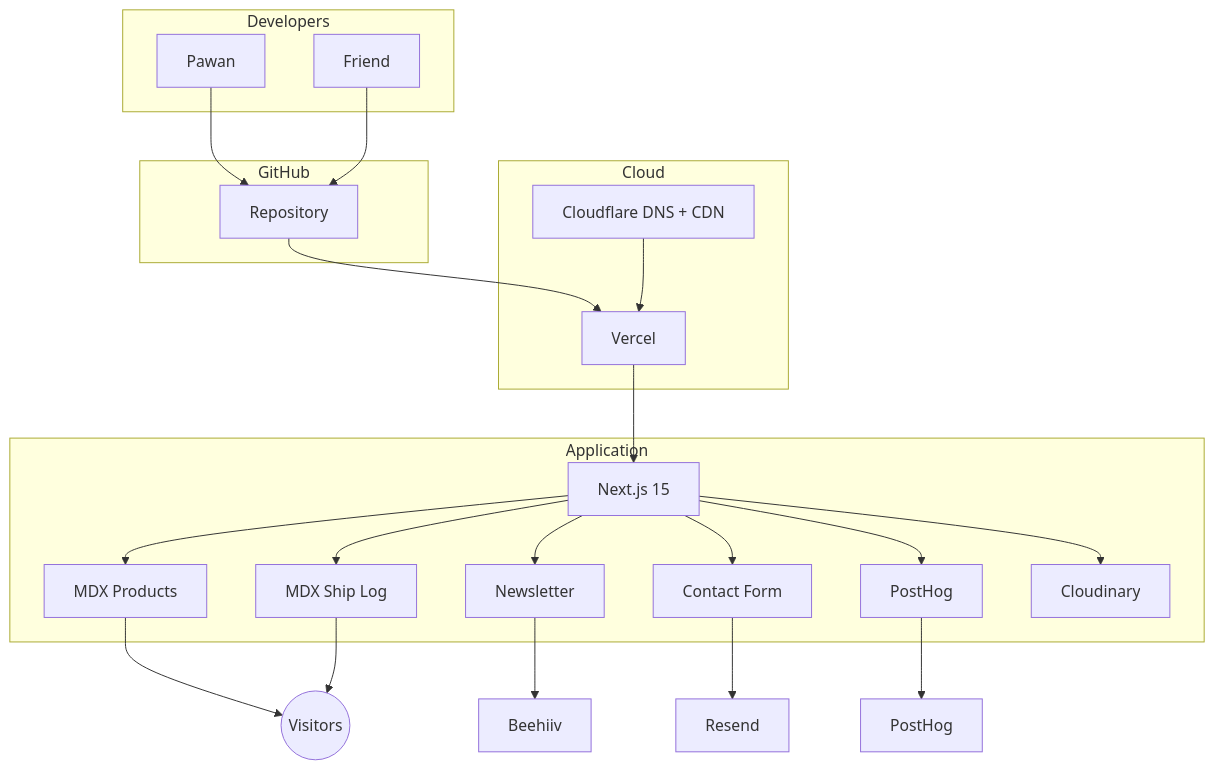
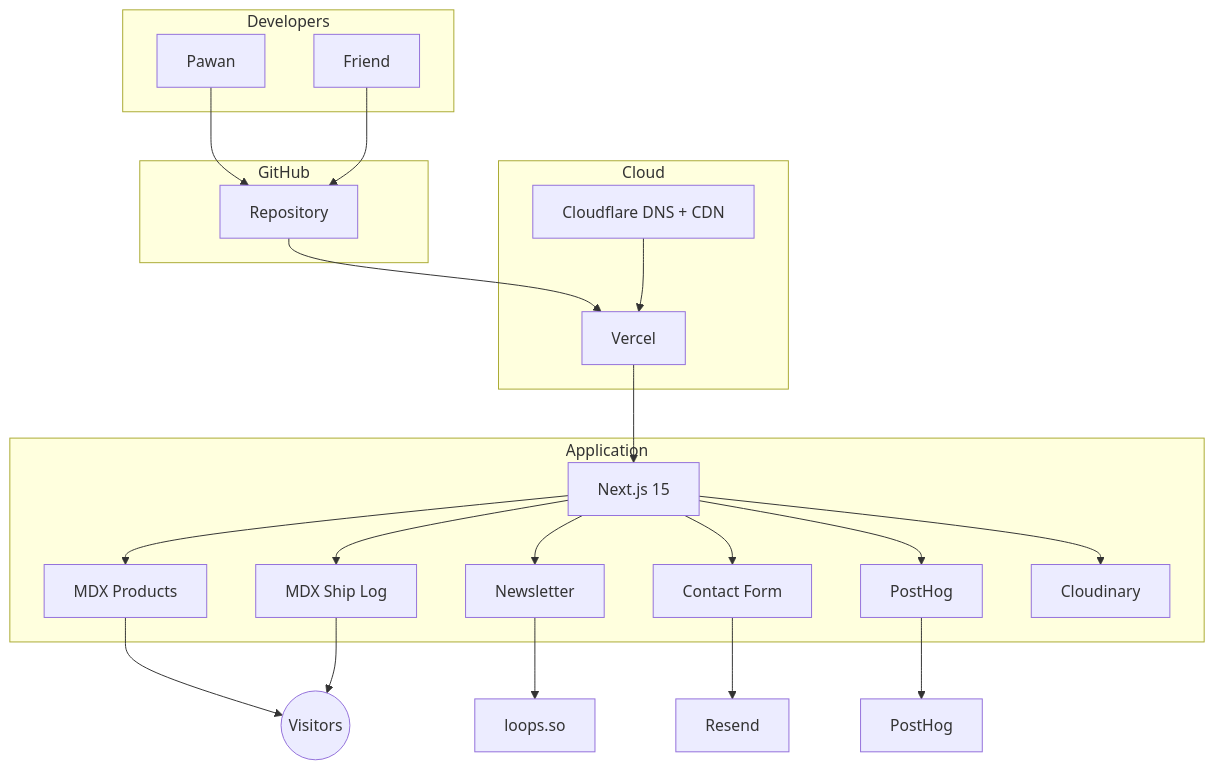
The seventh of 7 diagrams in IMPLEMENTATION.md (Promethix-Lab/promethix-lab), drawn with Mermaid before and after one commit. The commit also changed other lines of this file and 19 other files, not shown here.

````diff
--- a/IMPLEMENTATION.md
+++ b/IMPLEMENTATION.md
@@ -263,54 +263,54 @@
 ```mermaid
 flowchart TB
 
 subgraph Developers
 A[Pawan]
 B[Friend]
 end
 
 A --> GITHUB
 B --> GITHUB
 
 subgraph GitHub
 GITHUB[Repository]
 end
 
 GITHUB --> VERCEL
 
 subgraph Cloud
 CF[Cloudflare DNS + CDN]
 VERCEL[Vercel]
 end
 
 CF --> VERCEL
 
 VERCEL --> NEXT
 
 subgraph Application
 NEXT[Next.js 15]
 
 NEXT --> PRODUCTS[MDX Products]
 
 NEXT --> SHIPLOG[MDX Ship Log]
 
 NEXT --> NEWSLETTER[Newsletter]
 
 NEXT --> CONTACT[Contact Form]
 
 NEXT --> ANALYTICS[PostHog]
 
 NEXT --> IMAGES[Cloudinary]
 end
 
-NEWSLETTER --> BEEHIIV[Beehiiv]
+NEWSLETTER --> loops.so[loops.so]
 
 CONTACT --> RESEND[Resend]
 
 ANALYTICS --> POSTHOG[PostHog]
 
 PRODUCTS --> USERS
 
 SHIPLOG --> USERS
 
 USERS((Visitors))
 ```
````
